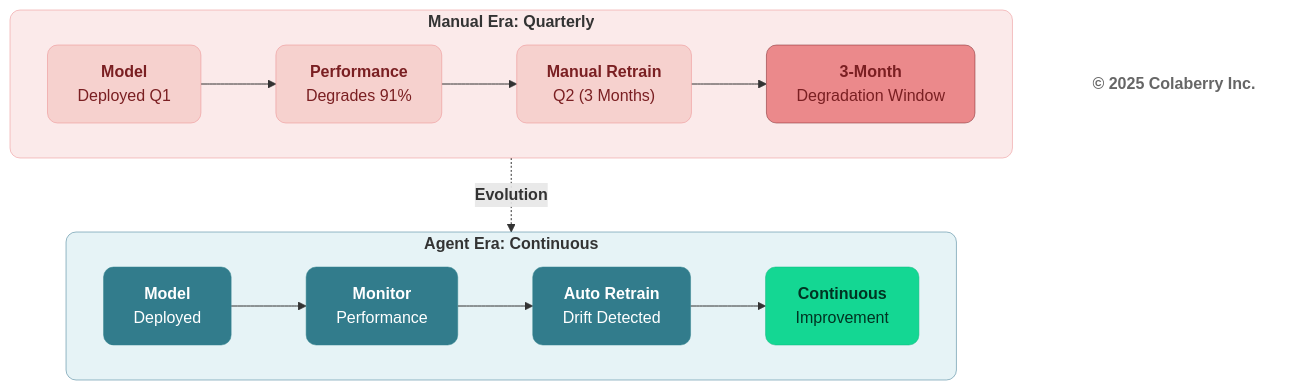
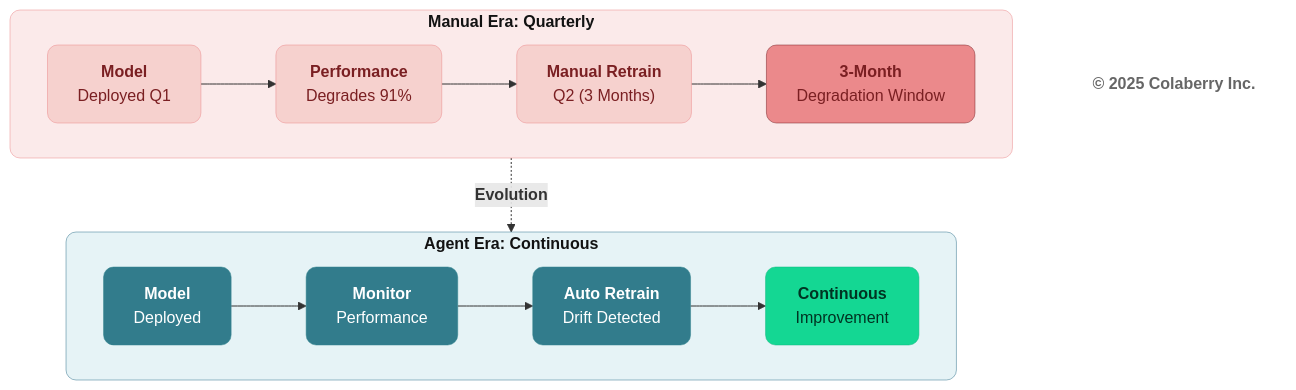
Before and after one commit to saitejesh-cyber/trust-before-intelligence-book: the tenth of 12 diagrams in manuscript/03_chapter_2_inpact_framework.md, drawn with Mermaid. The commit also changed other lines of this file and 12 other files, not shown here.

````diff
--- a/manuscript/03_chapter_2_inpact_framework.md
+++ b/manuscript/03_chapter_2_inpact_framework.md
@@ -713,41 +713,41 @@
 ```mermaid
 graph TB
     subgraph ERA1["<b>Manual Era: Quarterly</b>"]
         direction LR
         A1["<b>Model</b><br/>Deployed Q1"]
         B1["<b>Performance</b><br/>Degrades 91%"]
         C1["<b>Manual Retrain</b><br/>Q2 (3 Months)"]
         D1["<b>3-Month</b><br/>Degradation Window"]
         
         A1 --> B1 --> C1 --> D1
     end
 
     ERA1 -.->|<b>Evolution</b>| ERA2
 
     subgraph ERA2["<b>Agent Era: Continuous</b>"]
         direction LR
         A2["<b>Model</b><br/>Deployed"]
         B2["<b>Monitor</b><br/>Performance"]
         C2["<b>Auto Retrain</b><br/>Drift Detected"]
         D2["<b>Continuous</b><br/>Improvement"]
         
         A2 --> B2 --> C2 --> D2
     end
 
-    style ERA1 fill:#FBEAEA,stroke:#EB898B,stroke-width:0.5px,rx:10,ry:10
+    style ERA1 fill:#FBEAEA,stroke:#EB898B,stroke-width:0.5px,color:#121212,rx:10,ry:10
     style A1 fill:#F6D1CE,stroke:#EB898B,stroke-width:0.5px,color:#7A1F22,rx:10,ry:10
     style B1 fill:#F6D1CE,stroke:#EB898B,stroke-width:0.5px,color:#7A1F22,rx:10,ry:10
     style C1 fill:#F6D1CE,stroke:#EB898B,stroke-width:0.5px,color:#7A1F22,rx:10,ry:10
 
     style D1 fill:#EB898B,stroke:#7A1F22,stroke-width:0.5px,color:#7A1F22,rx:10,ry:10
 
     %% ---- Agent Era (Solution) ----
-    style ERA2 fill:#E6F3F6,stroke:#32738C,stroke-width:0.5px,rx:10,ry:10
+    style ERA2 fill:#E6F3F6,stroke:#32738C,stroke-width:0.5px,color:#121212,rx:10,ry:10
     style A2 fill:#327C8C,stroke:#30838C,stroke-width:0.5px,color:#ffffff,rx:10,ry:10
     style B2 fill:#327C8C,stroke:#30838C,stroke-width:0.5px,color:#ffffff,rx:10,ry:10
     style C2 fill:#327C8C,stroke:#30838C,stroke-width:0.5px,color:#ffffff,rx:10,ry:10
     style D2 fill:#14D793,stroke:#0FB67D,stroke-width:0.5px,color:#003322,rx:10,ry:10
     
     Copyright["<b>© 2025 Colaberry Inc.</b>"]
     style Copyright fill:none,stroke:none,color:#666666
 ```
````
